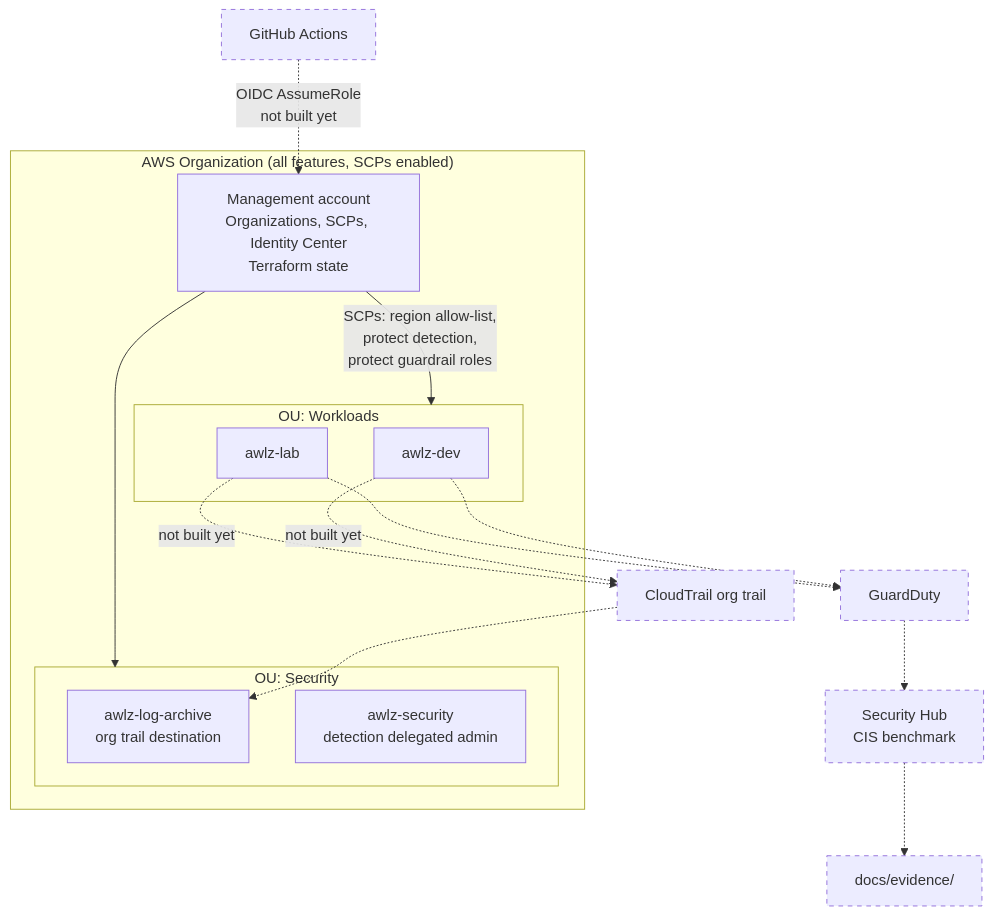
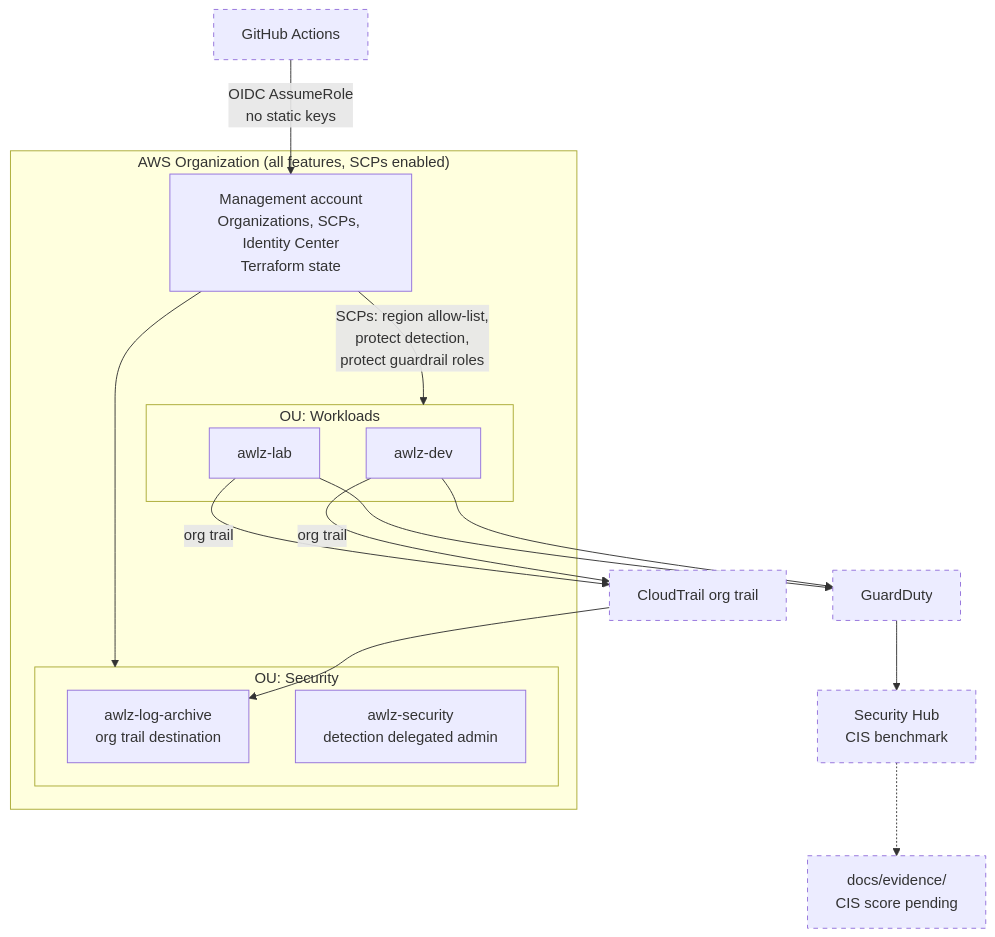
Before and after one commit to PontoPe/AwLZ: the diagram in README.md, drawn with Mermaid. The commit also changed other lines of this file and 26 other files, not shown here.

First line of the commit message:
feat(ci-oidc): GitHub OIDC roles, real plan on PR, docs to match

````diff
--- a/README.md
+++ b/README.md
@@ -17,25 +17,25 @@
 ```mermaid
 flowchart TB
     subgraph ORG["AWS Organization (all features, SCPs enabled)"]
         MGMT["Management account<br/>Organizations, SCPs, Identity Center<br/>Terraform state"]
         subgraph OU_SEC["OU: Security"]
             LOG["awlz-log-archive<br/>org trail destination"]
             SEC["awlz-security<br/>detection delegated admin"]
         end
         subgraph OU_WL["OU: Workloads"]
             DEV["awlz-dev"]
             LAB["awlz-lab"]
         end
     end
 
-    GHA["GitHub Actions"] -.->|OIDC AssumeRole<br/>not built yet| MGMT
+    GHA["GitHub Actions"] -->|OIDC AssumeRole<br/>no static keys| MGMT
     MGMT -->|"SCPs: region allow-list,<br/>protect detection,<br/>protect guardrail roles"| OU_WL
     MGMT --> OU_SEC
-    DEV & LAB -.->|not built yet| TRAIL["CloudTrail org trail"]
-    TRAIL -.-> LOG
-    DEV & LAB -.-> GD["GuardDuty"] -.-> SHUB["Security Hub<br/>CIS benchmark"]
-    SHUB -.-> EVID["docs/evidence/"]
+    DEV & LAB -->|org trail| TRAIL["CloudTrail org trail"]
+    TRAIL --> LOG
+    DEV & LAB --> GD["GuardDuty"] --> SHUB["Security Hub<br/>CIS benchmark"]
+    SHUB -.-> EVID["docs/evidence/<br/>CIS score pending"]
 
     classDef todo stroke-dasharray: 5 5
     class GHA,TRAIL,GD,SHUB,EVID todo
 ```
````
